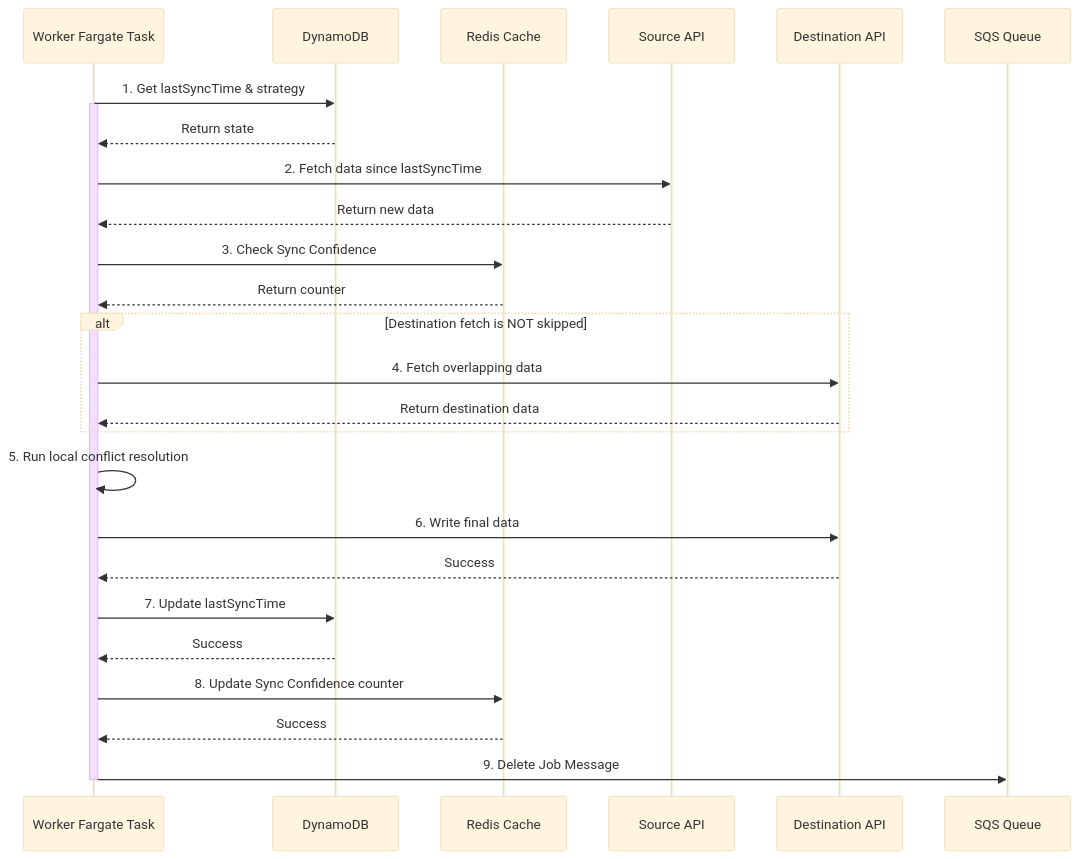
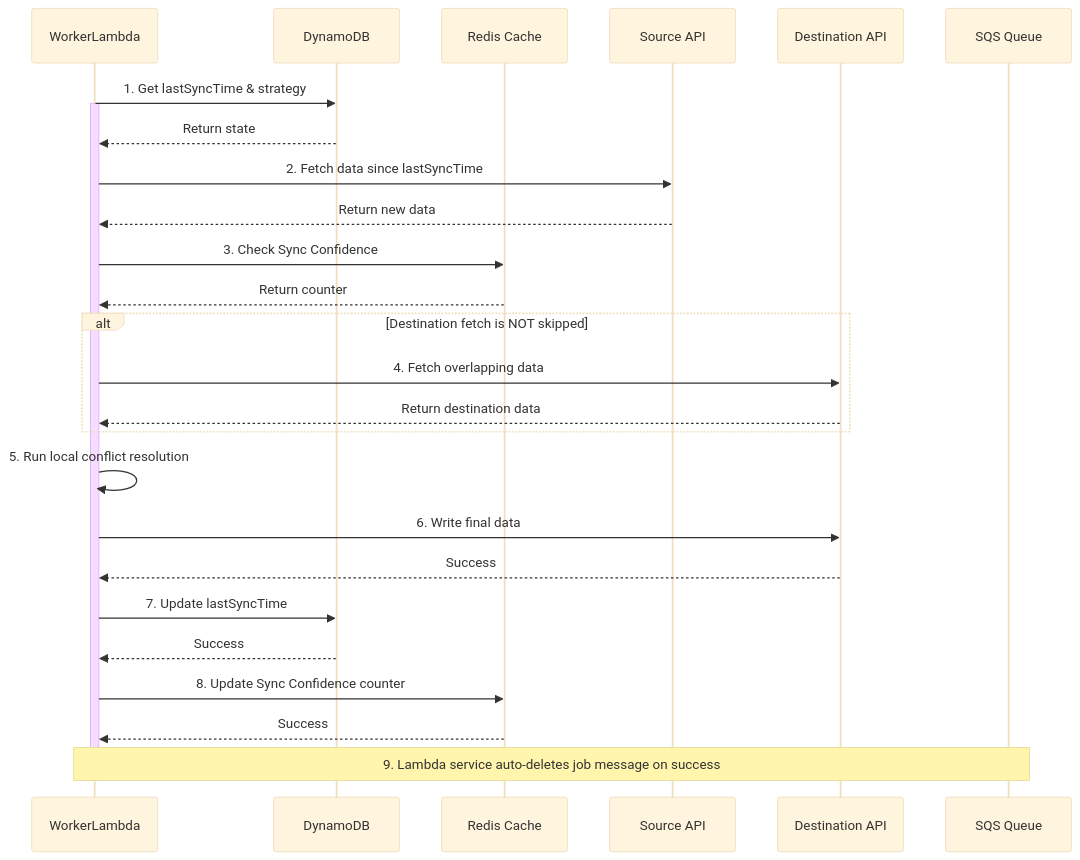
The first of 2 diagrams in docs/architecture/05-data-sync.md (dino10bit/healthsync), drawn with Mermaid (base theme) before and after one commit. The commit also changed other lines of this file and 11 other files, not shown here.

````diff
--- a/docs/architecture/05-data-sync.md
+++ b/docs/architecture/05-data-sync.md
@@ -122,36 +130,36 @@
 ```mermaid
 sequenceDiagram
-    participant Worker as Worker Fargate Task
+    participant Worker as WorkerLambda
     participant DynamoDB as DynamoDB
     participant Redis as Redis Cache
     participant SourceAPI as Source API
     participant DestAPI as Destination API
     participant SQS as SQS Queue
 
     Worker->>DynamoDB: 1. Get lastSyncTime & strategy
     activate Worker
     DynamoDB-->>Worker: Return state
     Worker->>SourceAPI: 2. Fetch data since lastSyncTime
     SourceAPI-->>Worker: Return new data
 
     Worker->>Redis: 3. Check Sync Confidence
     Redis-->>Worker: Return counter
 
     alt Destination fetch is NOT skipped
         Worker->>DestAPI: 4. Fetch overlapping data
         DestAPI-->>Worker: Return destination data
     end
 
     Worker->>Worker: 5. Run local conflict resolution
 
     Worker->>DestAPI: 6. Write final data
     DestAPI-->>Worker: Success
     Worker->>DynamoDB: 7. Update lastSyncTime
     DynamoDB-->>Worker: Success
 
     Worker->>Redis: 8. Update Sync Confidence counter
     Redis-->>Worker: Success
 
-    Worker->>SQS: 9. Delete Job Message
+    Note over SQS, Worker: 9. Lambda service auto-deletes job message on success
     deactivate Worker
 ```
````
